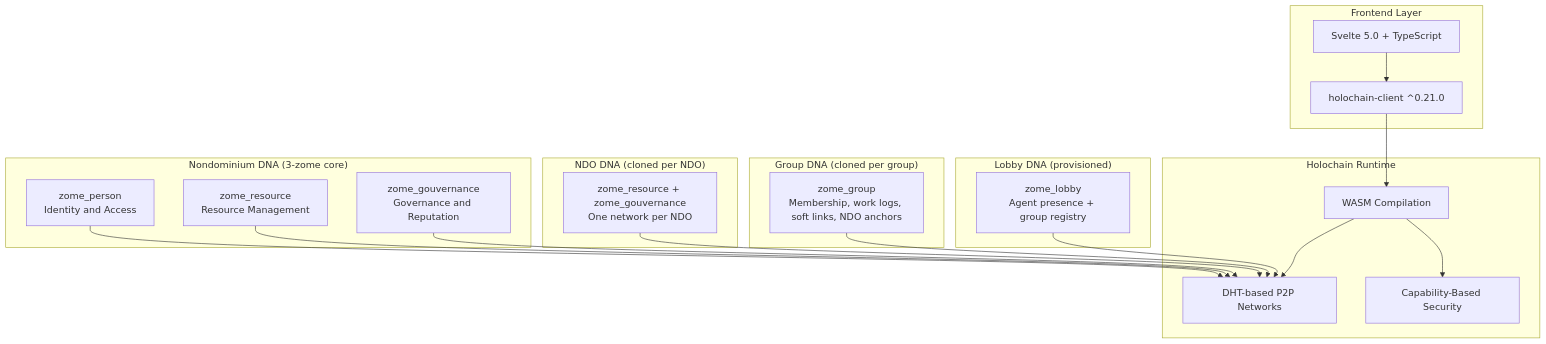
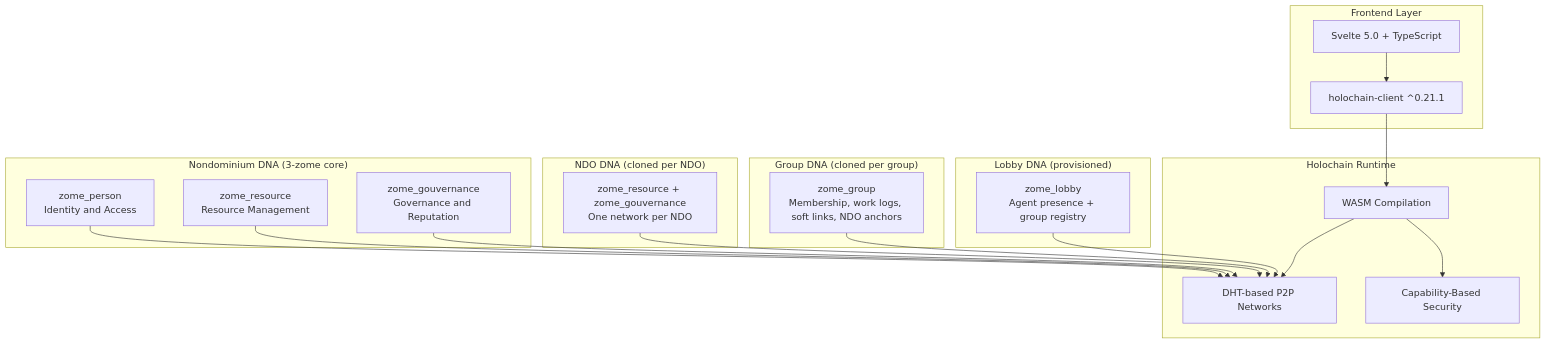
The first of 13 diagrams in documentation/ARCHITECTURE_COMPONENTS.md (Sensorica/nondominium), drawn with Mermaid before and after one commit. The commit also changed other lines of this file and 15 other files, not shown here.

````diff
--- a/documentation/ARCHITECTURE_COMPONENTS.md
+++ b/documentation/ARCHITECTURE_COMPONENTS.md
@@ -28,43 +28,43 @@
 ```mermaid
 graph TB
     subgraph "Frontend Layer"
         UI["Svelte 5.0 + TypeScript"]
-        Client["holochain-client ^0.21.0"]
+        Client["holochain-client ^0.21.1"]
     end
 
     subgraph "Holochain Runtime"
         WASM[WASM Compilation]
         DHT[DHT-based P2P Networks]
         CapSec[Capability-Based Security]
     end
 
     subgraph "Lobby DNA (provisioned)"
         Lobby["zome_lobby<br/>Agent presence + group registry"]
     end
 
     subgraph "Group DNA (cloned per group)"
         Group["zome_group<br/>Membership, work logs, soft links, NDO anchors"]
     end
 
     subgraph "NDO DNA (cloned per NDO)"
         NdoCell["zome_resource + zome_gouvernance<br/>One network per NDO"]
     end
 
     subgraph "Nondominium DNA (3-zome core)"
         Person["zome_person<br/>Identity and Access"]
         Resource["zome_resource<br/>Resource Management"]
         Gov["zome_gouvernance<br/>Governance and Reputation"]
     end
 
     UI --> Client
     Client --> WASM
     WASM --> DHT
     WASM --> CapSec
 
     Lobby --> DHT
     Group --> DHT
     NdoCell --> DHT
     Person --> DHT
     Resource --> DHT
     Gov --> DHT
 ```
````
